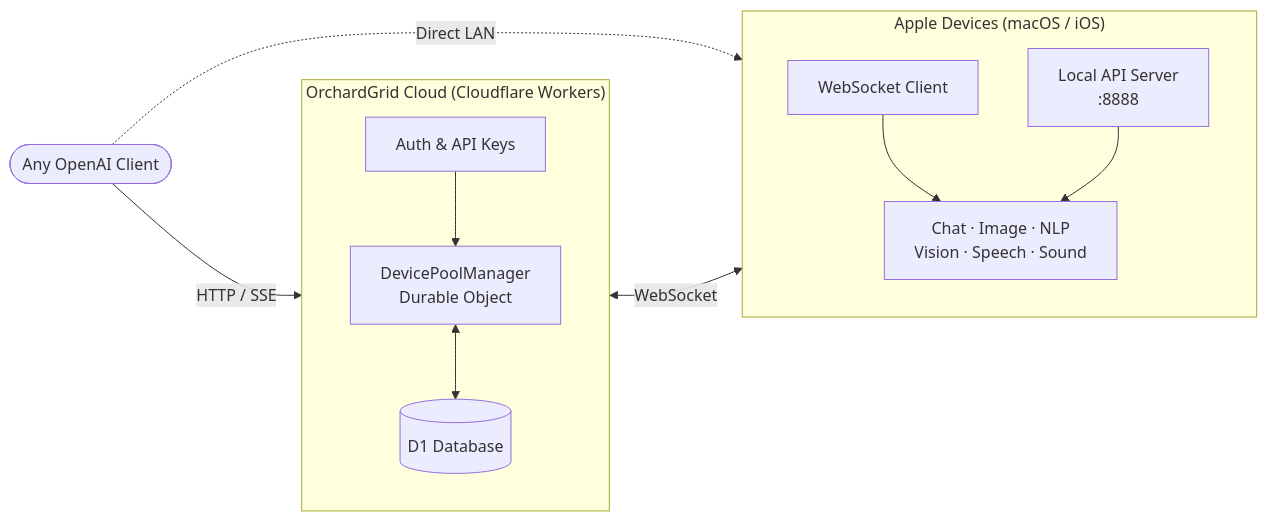
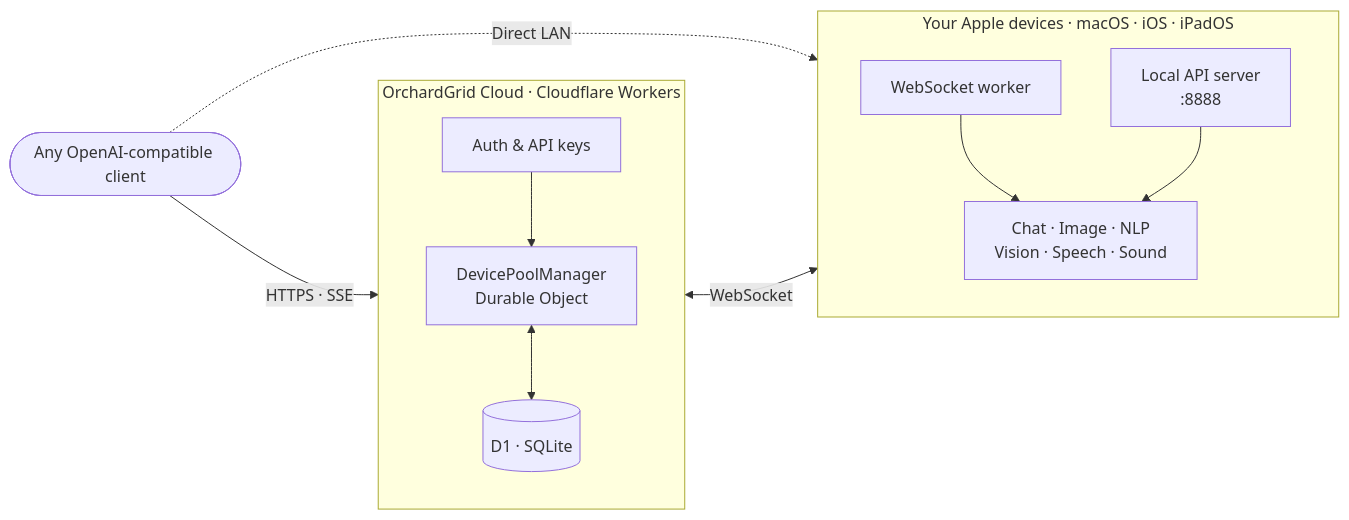
Before and after one commit to BingoWon/orchardgrid-app: the diagram in README.md, drawn with Mermaid. The commit also changed other lines of this file and 1 other file, not shown here.

````diff
--- a/README.md
+++ b/README.md
@@ -52,26 +285,26 @@
 ```mermaid
 flowchart LR
-    Client([Any OpenAI Client])
+    Client([Any OpenAI-compatible client])
 
-    subgraph Cloud ["OrchardGrid Cloud (Cloudflare Workers)"]
+    subgraph Cloud["OrchardGrid Cloud · Cloudflare Workers"]
         direction TB
-        Auth[Auth & API Keys]
-        Pool[DevicePoolManager\nDurable Object]
-        DB[(D1 Database)]
+        Auth[Auth &amp; API keys]
+        Pool["DevicePoolManager<br/>Durable Object"]
+        DB[(D1 · SQLite)]
         Auth --> Pool
         Pool <--> DB
     end
 
-    subgraph Device ["Apple Devices (macOS / iOS)"]
+    subgraph Device["Your Apple devices · macOS · iOS · iPadOS"]
         direction TB
-        WS[WebSocket Client]
-        API["Local API Server\n:8888"]
-        Cap["Chat · Image · NLP\nVision · Speech · Sound"]
+        WS[WebSocket worker]
+        API[Local API server<br/>:8888]
+        Cap["Chat · Image · NLP<br/>Vision · Speech · Sound"]
         WS --> Cap
         API --> Cap
     end
 
-    Client -->|"HTTP / SSE"| Auth
-    Pool <-->|"WebSocket"| WS
-    Client -.->|"Direct LAN"| API
+    Client -->|HTTPS · SSE| Auth
+    Pool <-->|WebSocket| WS
+    Client -.->|Direct LAN| API
 ```
````
